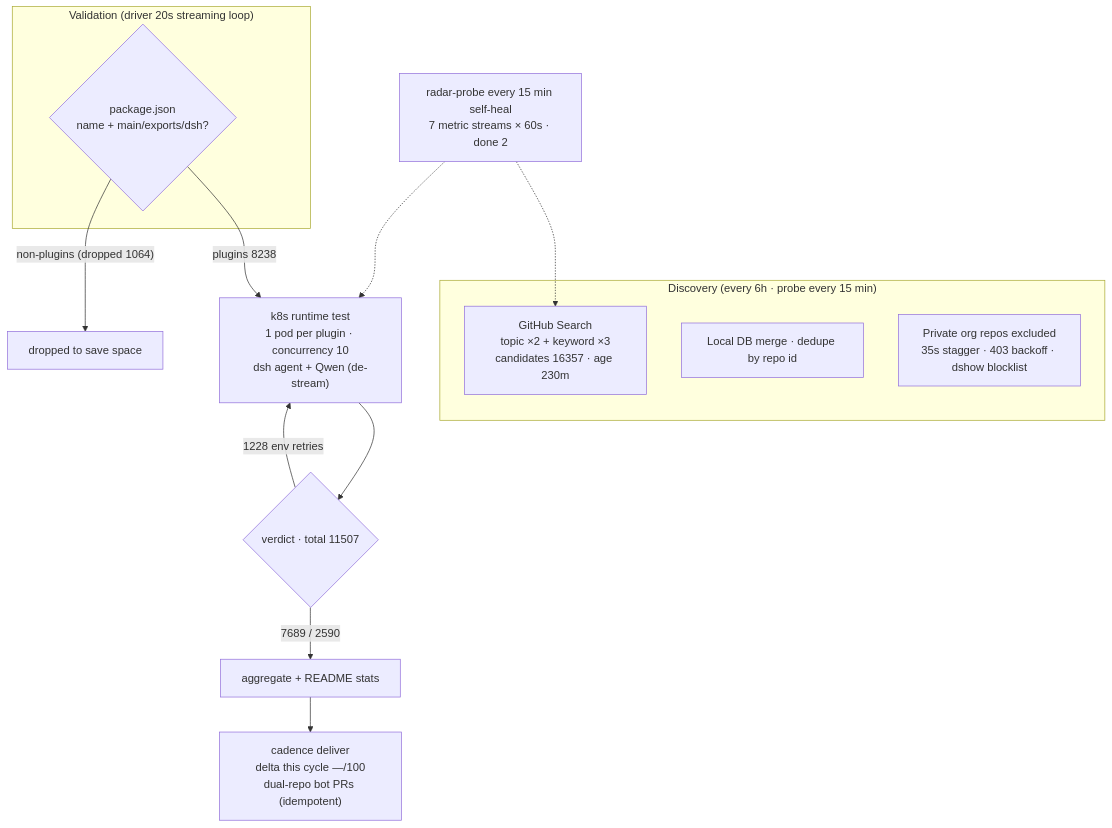
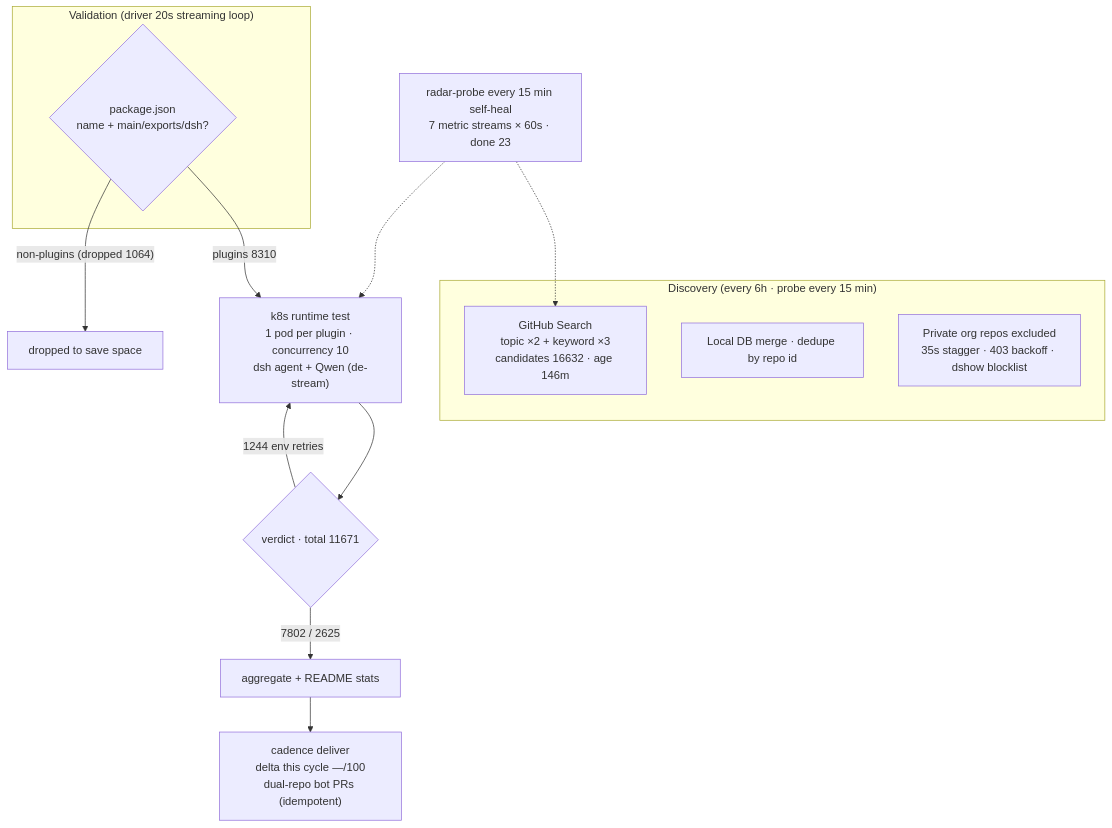
One commit to AdamPlatin123/awesome-dsh-plugins changed the diagram in README.en-US.md. Above: the diagram before and after it, drawn with Mermaid. The commit also changed other lines of this file and 5 other files, not shown here.

````diff
--- a/README.en-US.md
+++ b/README.en-US.md
@@ -45,20 +45,20 @@
 ```mermaid
 flowchart TB
     subgraph Discovery["Discovery (every 6h · probe every 15 min)"]
-        A1["GitHub Search<br/>topic ×2 + keyword ×3<br/>candidates 16357 · age 230m"]
+        A1["GitHub Search<br/>topic ×2 + keyword ×3<br/>candidates 16632 · age 146m"]
         A2["Local DB merge · dedupe by repo id"]
         A3["Private org repos excluded<br/>35s stagger · 403 backoff · dshow blocklist"]
     end
     subgraph Validation["Validation (driver 20s streaming loop)"]
         B1{"package.json<br/>name + main/exports/dsh?"}
     end
-    B1 -->|"plugins 8238"| C1["k8s runtime test<br/>1 pod per plugin · concurrency 10<br/>dsh agent + Qwen (de-stream)"]
+    B1 -->|"plugins 8310"| C1["k8s runtime test<br/>1 pod per plugin · concurrency 10<br/>dsh agent + Qwen (de-stream)"]
     B1 -->|"non-plugins (dropped 1064)"| B3["dropped to save space"]
-    C1 --> D1{"verdict · total 11507"}
-    D1 -->|"7689 / 2590"| E1["aggregate + README stats"]
-    D1 -->|"1228 env retries"| C1
+    C1 --> D1{"verdict · total 11671"}
+    D1 -->|"7802 / 2625"| E1["aggregate + README stats"]
+    D1 -->|"1244 env retries"| C1
     E1 --> E2["cadence deliver<br/>delta this cycle —/100<br/>dual-repo bot PRs (idempotent)"]
-    M["radar-probe every 15 min self-heal<br/>7 metric streams × 60s · done 2"]
+    M["radar-probe every 15 min self-heal<br/>7 metric streams × 60s · done 23"]
     M -.-> A1
     M -.-> C1
 ```
````
